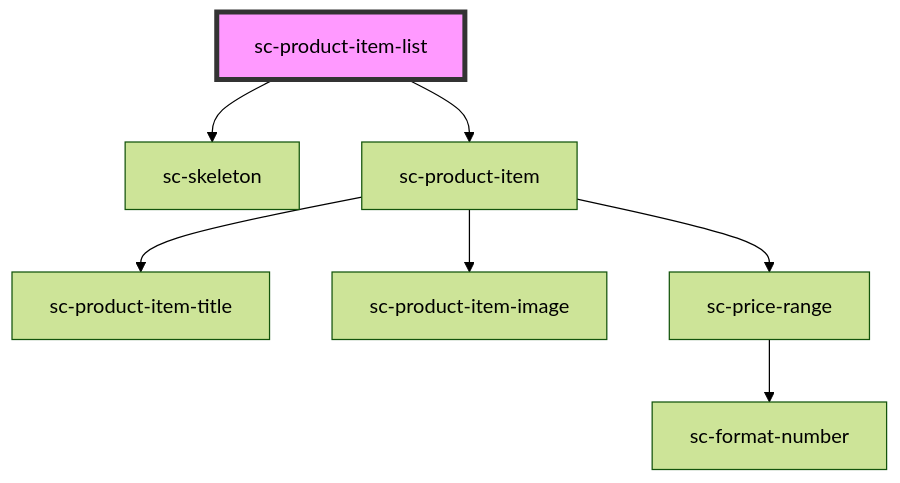
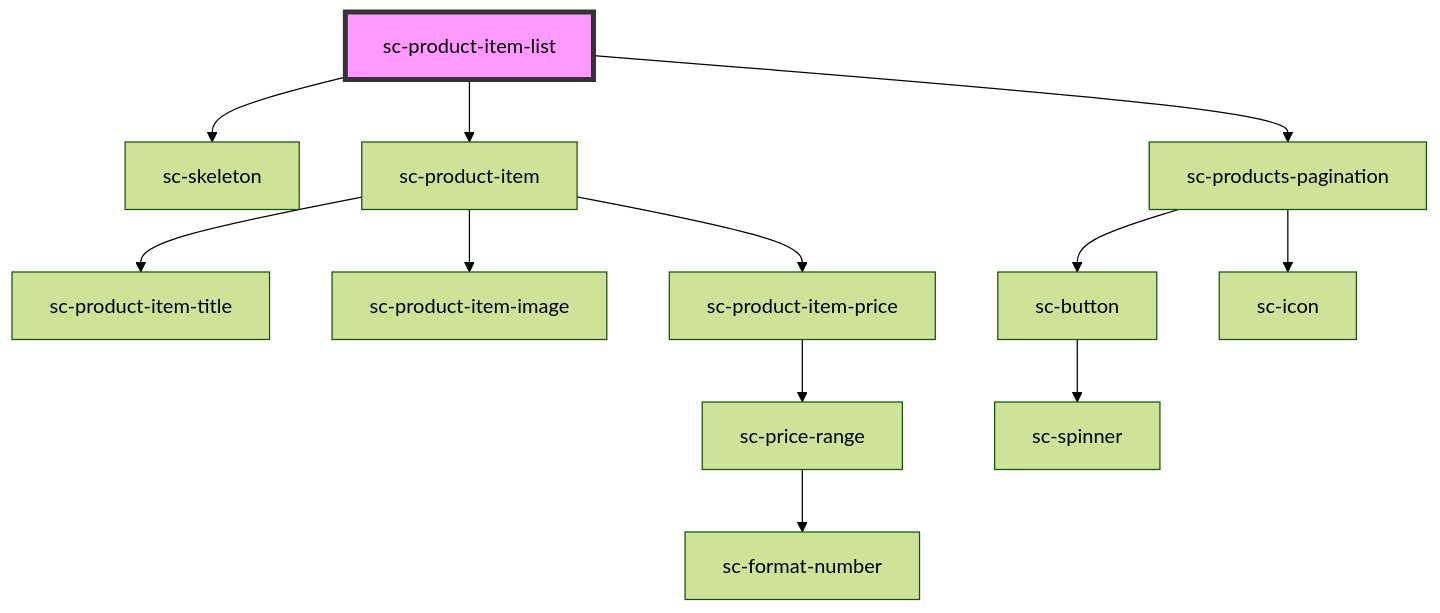
One commit to surecart/surecart-wp-plugin changed the diagram in packages/components/src/components/controllers/products/sc-product-item-list/readme.md. Above: the diagram before and after it, drawn with Mermaid (forest theme). The commit also changed other lines of this file and 15 other files, not shown here.

Commit message:
added pagination in product list block

````diff
--- a/packages/components/src/components/controllers/products/sc-product-item-list/readme.md
+++ b/packages/components/src/components/controllers/products/sc-product-item-list/readme.md
@@ -26,10 +27,15 @@
 ```mermaid
 graph TD;
   sc-product-item-list --> sc-skeleton
   sc-product-item-list --> sc-product-item
+  sc-product-item-list --> sc-products-pagination
   sc-product-item --> sc-product-item-title
   sc-product-item --> sc-product-item-image
-  sc-product-item --> sc-price-range
+  sc-product-item --> sc-product-item-price
+  sc-product-item-price --> sc-price-range
   sc-price-range --> sc-format-number
+  sc-products-pagination --> sc-button
+  sc-products-pagination --> sc-icon
+  sc-button --> sc-spinner
   style sc-product-item-list fill:#f9f,stroke:#333,stroke-width:4px
 ```
````
